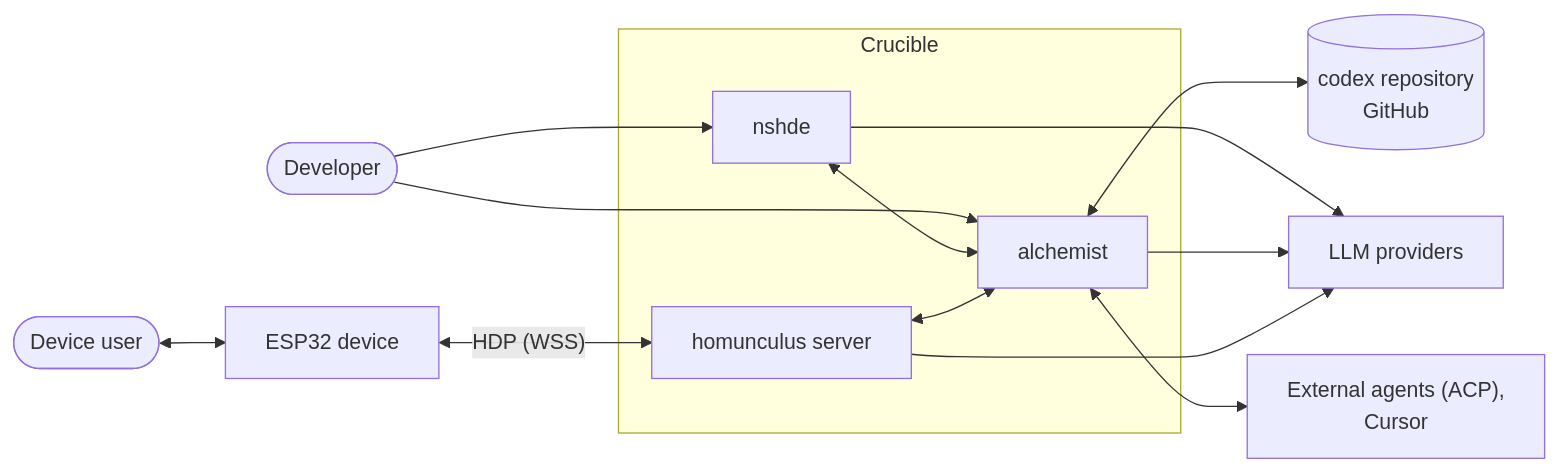
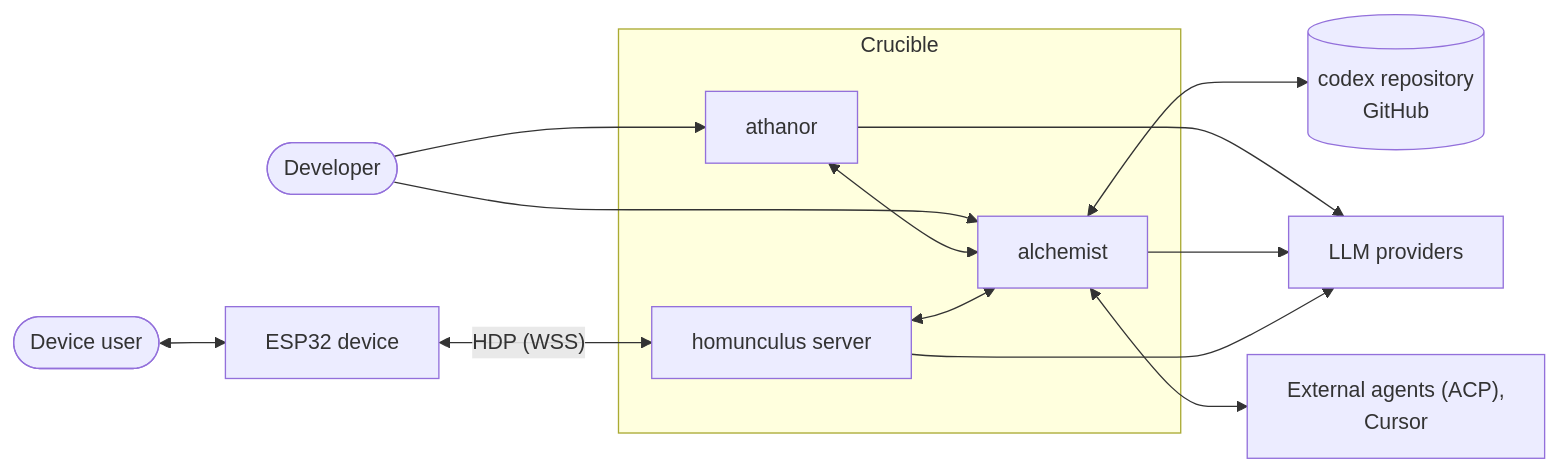
One commit to 0x1d/crucible changed the first of 2 diagrams in docs/architecture/system-architecture.md. Above: the diagram before and after it, drawn with Mermaid. The commit also changed other lines of this file and 11 other files, not shown here.

First line of the commit message:
Rename nshde to athanor; pin Formulary as a submodule

````diff
--- a/docs/architecture/system-architecture.md
+++ b/docs/architecture/system-architecture.md
@@ -16,24 +16,24 @@
 ```mermaid
 flowchart LR
     Dev(["Developer"])
     User(["Device user"])
     subgraph Crucible
-        NSH["nshde"]
+        ATH["athanor"]
         ALC["alchemist"]
         HOM["homunculus server"]
     end
     Device["ESP32 device"]
     CodexRepo[("codex repository<br/>GitHub")]
     LLM["LLM providers"]
     Ext["External agents (ACP),<br/>Cursor"]
 
-    Dev --> NSH
+    Dev --> ATH
     Dev --> ALC
     User <--> Device
     Device <-- "HDP (WSS)" --> HOM
-    NSH <--> ALC
+    ATH <--> ALC
     HOM <--> ALC
     ALC <--> CodexRepo
-    NSH & ALC & HOM --> LLM
+    ATH & ALC & HOM --> LLM
     ALC <--> Ext
 ```
````
